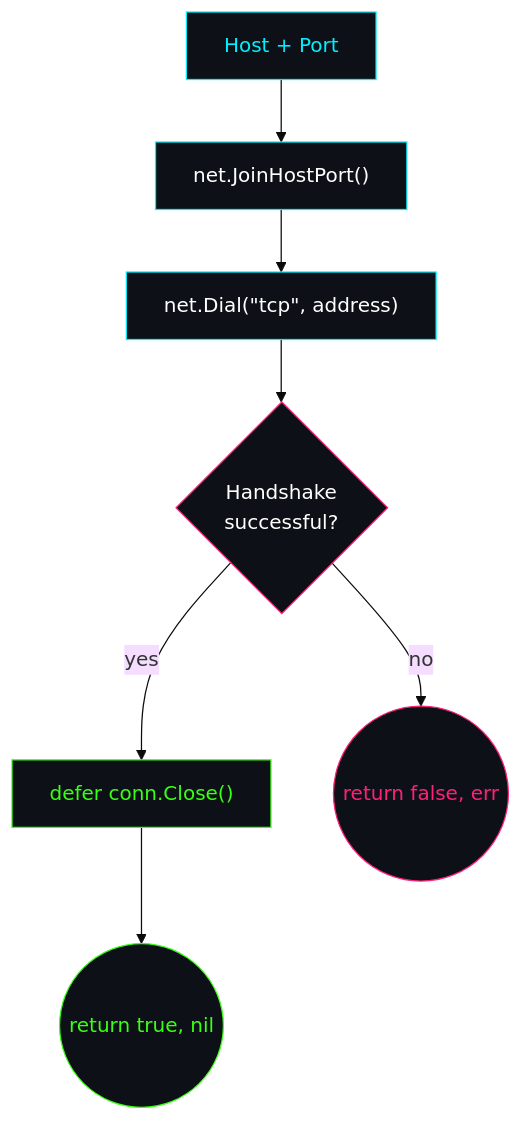
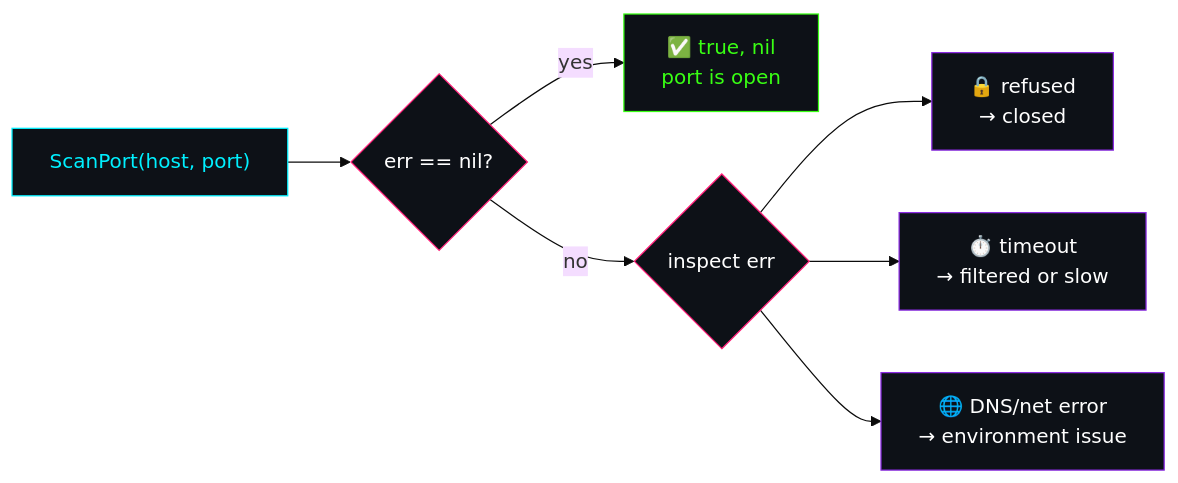
One commit to EmmanuelAdesina/go-systems-lab changed the second of 2 diagrams in day-03-port-scanner/README.md. Above: the diagram before and after it, drawn with Mermaid (base theme). The commit also changed other lines of this file, not shown here.

````diff
--- a/day-03-port-scanner/README.md
+++ b/day-03-port-scanner/README.md
@@ -98,17 +85,17 @@
 ```mermaid
-flowchart TD
-    A["Host + Port"] --> B["net.JoinHostPort()"]
-    B --> C["net.Dial(&quot;tcp&quot;, address)"]
-    C --> D{"Handshake<br/>successful?"}
-    D -- "yes" --> E["defer conn.Close()"]
-    E --> F(("return true, nil"))
-    D -- "no" --> G(("return false, err"))
+flowchart LR
+    A["ScanPort(host, port)"] --> B{"err == nil?"}
+    B -- "yes" --> C["✅ true, nil<br/>port is open"]
+    B -- "no" --> D{"inspect err"}
+    D --> E["🔒 refused<br/>→ closed"]
+    D --> F["⏱️ timeout<br/>→ filtered or slow"]
+    D --> G["🌐 DNS/net error<br/>→ environment issue"]
 
     style A fill:#0D1117,stroke:#00F0FF,color:#00F0FF
-    style B fill:#0D1117,stroke:#00F0FF,color:#fff
-    style C fill:#0D1117,stroke:#00F0FF,color:#fff
+    style B fill:#0D1117,stroke:#FF2079,color:#fff
+    style C fill:#0D1117,stroke:#39FF14,color:#39FF14
     style D fill:#0D1117,stroke:#FF2079,color:#fff
-    style E fill:#0D1117,stroke:#39FF14,color:#39FF14
-    style F fill:#0D1117,stroke:#39FF14,color:#39FF14
-    style G fill:#0D1117,stroke:#FF2079,color:#FF2079
+    style E fill:#0D1117,stroke:#8A2BE2,color:#fff
+    style F fill:#0D1117,stroke:#8A2BE2,color:#fff
+    style G fill:#0D1117,stroke:#8A2BE2,color:#fff
 ```
````
